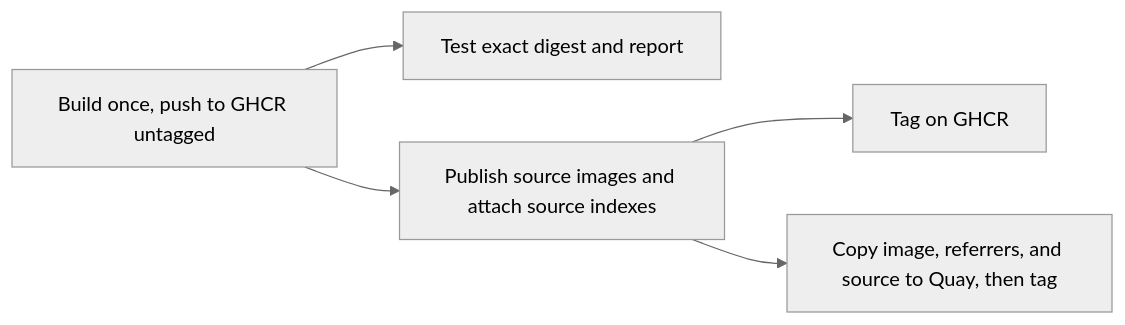
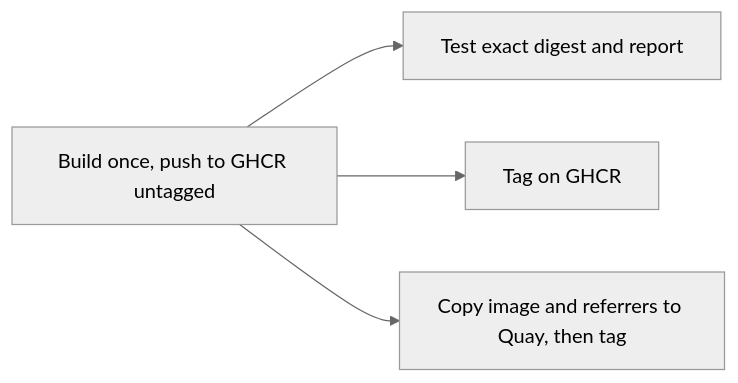
Before and after one commit to frithuz/devcontainer: the diagram in docs/maintenance.md, drawn with Mermaid (neutral theme). The commit also changed other lines of this file and 36 other files, not shown here.

````diff
--- a/docs/maintenance.md
+++ b/docs/maintenance.md
@@ -86,7 +85,6 @@
 ```mermaid
 flowchart LR
   build[Build once, push to GHCR untagged] --> verify[Test exact digest and report]
-  build --> sources[Publish source images and attach source indexes]
-  sources --> taggh[Tag on GHCR]
-  sources --> promote[Copy image, referrers, and source to Quay, then tag]
+  build --> taggh[Tag on GHCR]
+  build --> promote[Copy image and referrers to Quay, then tag]
 ```
````
